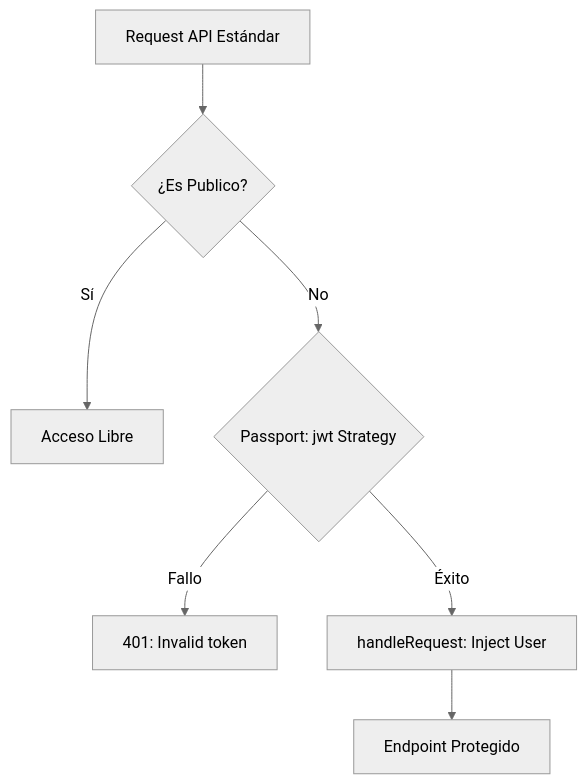
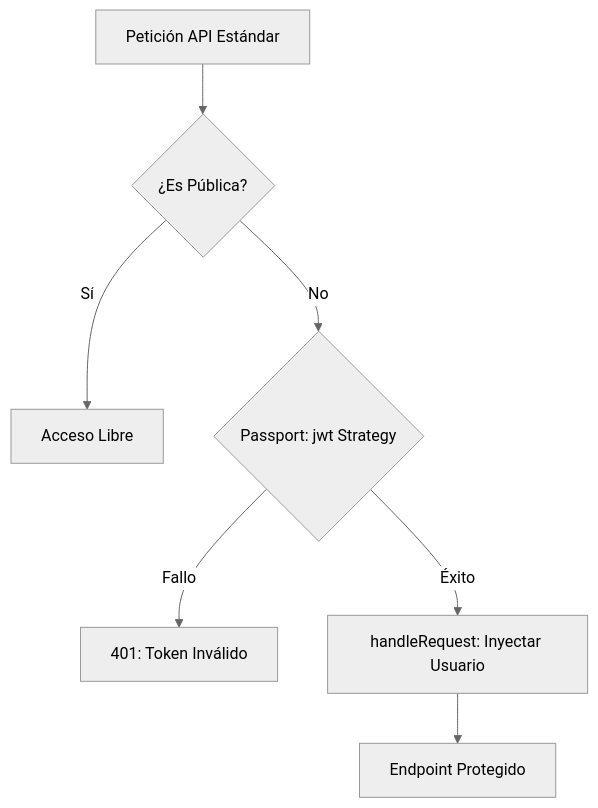
Before and after one commit to freddyhcode/nestjs-auth-boilerplate: the diagram in docs/jwt-auth.md, drawn with Mermaid (neutral theme). The commit also changed 1 other file, not shown here.

Commit message:
docs: translate the diagrams into spanish for better clarity.

````diff
--- a/docs/jwt-auth.md
+++ b/docs/jwt-auth.md
@@ -3,9 +3,9 @@
 ```mermaid
 flowchart TD
-    A[Request API Estándar] --> B{¿Es Publico?}
+    A[Petición API Estándar] --> B{¿Es Pública?}
     B -- Sí --> C[Acceso Libre]
     B -- No --> D{Passport: jwt Strategy}
-    D -- Fallo --> E[401: Invalid token]
-    D -- Éxito --> F[handleRequest: Inject User]
+    D -- Fallo --> E["401: Token Inválido"]
+    D -- Éxito --> F[handleRequest: Inyectar Usuario]
     F --> G[Endpoint Protegido]
 ```
````
